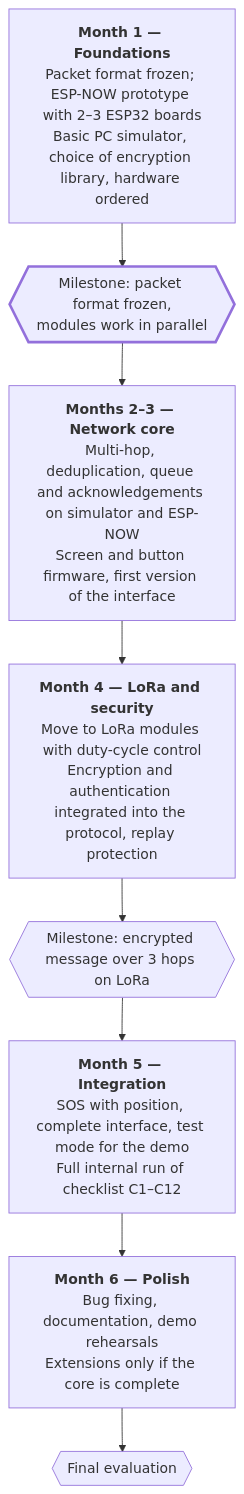
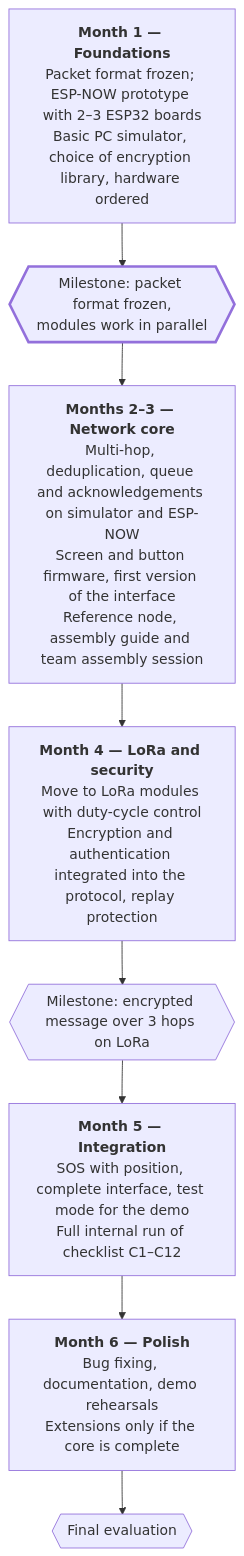
The second of 2 diagrams in docs/specification.md (emptydeepblue/42-open-project), drawn with Mermaid before and after one commit. The commit also changed other lines of this file and 1 other file, not shown here.

First line of the commit message:
docs(repo): clarify refs rule and plan five identical nodes with relay mode and team assembly

````diff
--- a/docs/specification.md
+++ b/docs/specification.md
@@ -167,15 +172,15 @@
 ```mermaid
 flowchart TB
     F1["<b>Month 1 — Foundations</b><br/>Packet format frozen; ESP-NOW prototype with 2–3 ESP32 boards<br/>Basic PC simulator, choice of encryption library, hardware ordered"]
     G1{{"Milestone: packet format frozen,<br/>modules work in parallel"}}
-    F2["<b>Months 2–3 — Network core</b><br/>Multi-hop, deduplication, queue and acknowledgements on simulator and ESP-NOW<br/>Screen and button firmware, first version of the interface"]
+    F2["<b>Months 2–3 — Network core</b><br/>Multi-hop, deduplication, queue and acknowledgements on simulator and ESP-NOW<br/>Screen and button firmware, first version of the interface<br/>Reference node, assembly guide and team assembly session"]
     F3["<b>Month 4 — LoRa and security</b><br/>Move to LoRa modules with duty-cycle control<br/>Encryption and authentication integrated into the protocol, replay protection"]
     G2{{"Milestone: encrypted message over 3 hops on LoRa"}}
     F4["<b>Month 5 — Integration</b><br/>SOS with position, complete interface, test mode for the demo<br/>Full internal run of checklist C1–C12"]
     F5["<b>Month 6 — Polish</b><br/>Bug fixing, documentation, demo rehearsals<br/>Extensions only if the core is complete"]
     G3{{"Final evaluation"}}
 
     F1 --> G1 --> F2 --> F3 --> G2 --> F4 --> F5 --> G3
 
     style G1 stroke-width:3px
 ```
````
